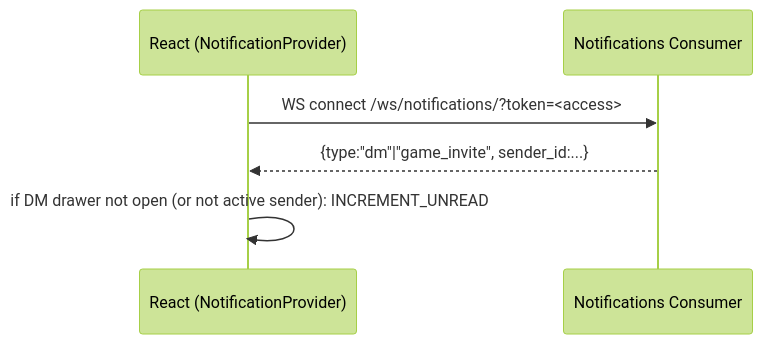
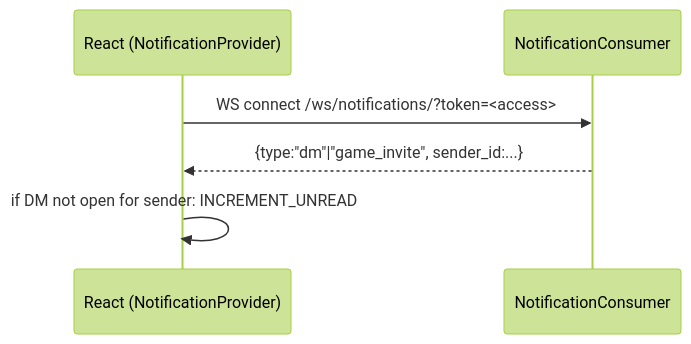
One commit to anthonynarine/tic_tac_toe changed the fifth of 7 diagrams in README.MD. Above: the diagram before and after it, drawn with Mermaid (forest theme). The commit also changed other lines of this file, not shown here.

````diff
--- a/README.MD
+++ b/README.MD
@@ -156,9 +185,9 @@
 ```mermaid
 sequenceDiagram
   participant FE as React (NotificationProvider)
-  participant WS as Notifications Consumer
+  participant WS as NotificationConsumer
 
   FE->>WS: WS connect /ws/notifications/?token=<access>
   WS-->>FE: {type:"dm"|"game_invite", sender_id:...}
-  FE->>FE: if DM drawer not open (or not active sender): INCREMENT_UNREAD
+  FE->>FE: if DM not open for sender: INCREMENT_UNREAD
 ```
````
